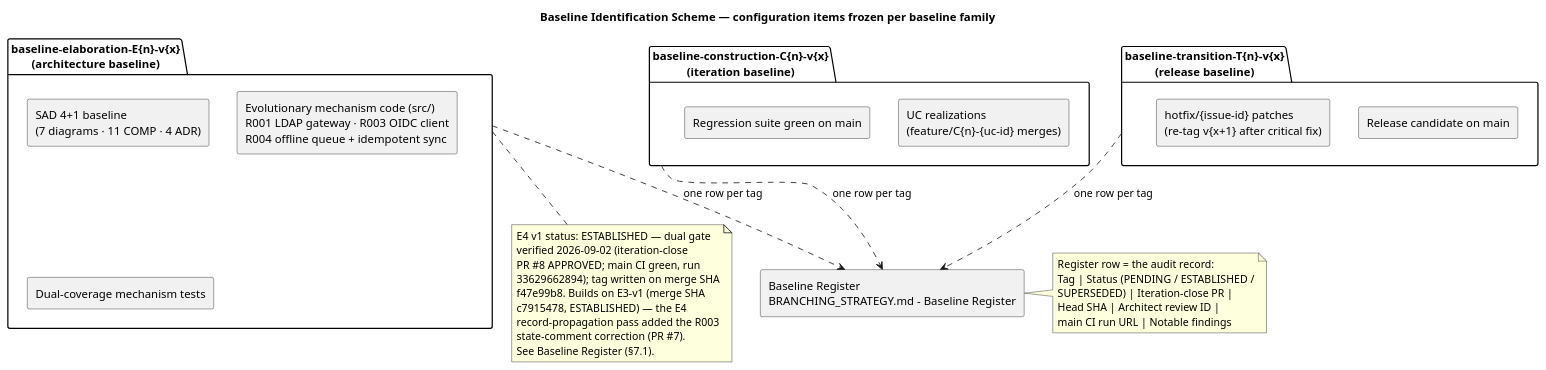
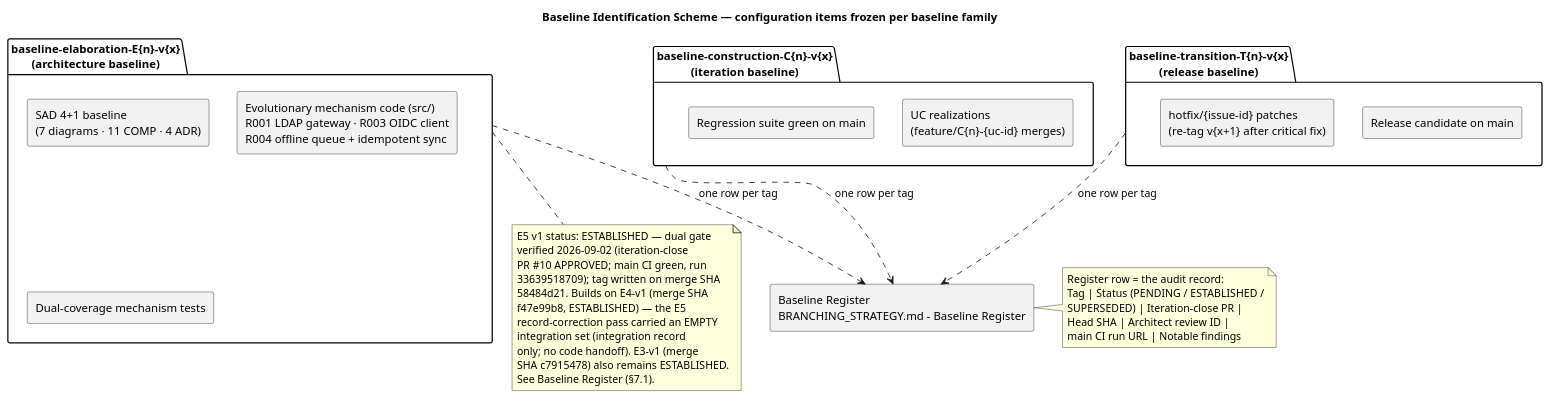
The sixth of 6 diagrams in docs/BRANCHING_STRATEGY.md (banense-test/employee-portal), drawn with PlantUML before and after one commit. The commit also changed other lines of this file, not shown here.

Commit message:
CM plan update (Elab Iter 5): E5 workspace CLOSED — baseline-elaboration-E5-v1 ESTABLISHED (PR #10 APPROVED, merge SHA 58484d21, main CI green run 33639518709); E5 lifecycle diagram + register row + identification-scheme note appended; E3-v1/E4-v1 remain ESTABLISHED

````diff
--- a/docs/BRANCHING_STRATEGY.md
+++ b/docs/BRANCHING_STRATEGY.md
@@ -474,49 +571,51 @@
 ```plantuml
 @startuml
 title Baseline Identification Scheme — configuration items frozen per baseline family
 
 skinparam componentStyle rectangle
 
 package "baseline-elaboration-E{n}-v{x}\n(architecture baseline)" as ELAB {
   component "SAD 4+1 baseline\n(7 diagrams · 11 COMP · 4 ADR)" as SAD_V
   component "Evolutionary mechanism code (src/)\nR001 LDAP gateway · R003 OIDC client\nR004 offline queue + idempotent sync" as MECH_C
   component "Dual-coverage mechanism tests" as MECH_T
 }
 
 package "baseline-construction-C{n}-v{x}\n(iteration baseline)" as CONS {
   component "UC realizations\n(feature/C{n}-{uc-id} merges)" as UC_R
   component "Regression suite green on main" as REG_S
 }
 
 package "baseline-transition-T{n}-v{x}\n(release baseline)" as TRANS {
   component "Release candidate on main" as REL_C
   component "hotfix/{issue-id} patches\n(re-tag v{x+1} after critical fix)" as HOT_P
 }
 
 component "Baseline Register\nBRANCHING_STRATEGY.md - Baseline Register" as REG
 
 ELAB ..> REG : one row per tag
 CONS ..> REG : one row per tag
 TRANS ..> REG : one row per tag
 
 note bottom of ELAB
-  E4 v1 status: ESTABLISHED — dual gate
+  E5 v1 status: ESTABLISHED — dual gate
   verified 2026-09-02 (iteration-close
-  PR #8 APPROVED; main CI green, run
-  33629662894); tag written on merge SHA
-  f47e99b8. Builds on E3-v1 (merge SHA
-  c7915478, ESTABLISHED) — the E4
-  record-propagation pass added the R003
-  state-comment correction (PR #7).
+  PR #10 APPROVED; main CI green, run
+  33639518709); tag written on merge SHA
+  58484d21. Builds on E4-v1 (merge SHA
+  f47e99b8, ESTABLISHED) — the E5
+  record-correction pass carried an EMPTY
+  integration set (integration record
+  only; no code handoff). E3-v1 (merge
+  SHA c7915478) also remains ESTABLISHED.
   See Baseline Register (§7.1).
 end note
 
 note right of REG
   Register row = the audit record:
   Tag | Status (PENDING / ESTABLISHED /
   SUPERSEDED) | Iteration-close PR |
   Head SHA | Architect review ID |
   main CI run URL | Notable findings
 end note
 @enduml
 ```
````
